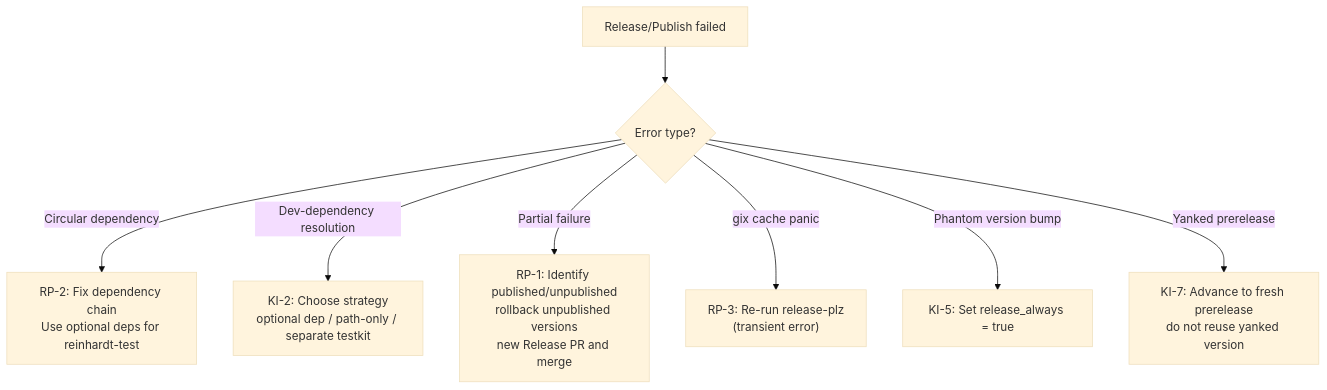
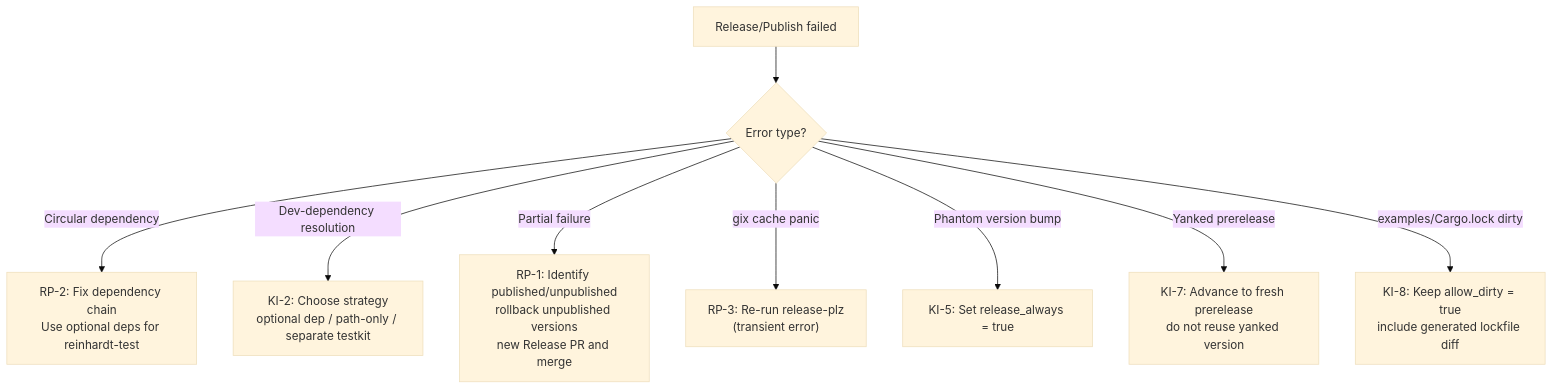
The third of 3 diagrams in instructions/RELEASE_PROCESS.md (kent8192/reinhardt-web), drawn with Mermaid (base theme) before and after one commit. The commit also changed other lines of this file and 1 other file, not shown here.

First line of the commit message:
fix(ci): allow release-plz examples lockfile updates

````diff
--- a/instructions/RELEASE_PROCESS.md
+++ b/instructions/RELEASE_PROCESS.md
@@ -440,10 +445,11 @@
 ```mermaid
 flowchart TD
     A[Release/Publish failed] --> B{Error type?}
     B -->|Circular dependency| C["RP-2: Fix dependency chain<br/>Use optional deps for reinhardt-test"]
     B -->|Dev-dependency resolution| D["KI-2: Choose strategy<br/>optional dep / path-only / separate testkit"]
     B -->|Partial failure| E["RP-1: Identify published/unpublished<br/>rollback unpublished versions<br/>new Release PR and merge"]
     B -->|gix cache panic| F["RP-3: Re-run release-plz<br/>(transient error)"]
     B -->|Phantom version bump| G["KI-5: Set release_always = true"]
     B -->|Yanked prerelease| H["KI-7: Advance to fresh prerelease<br/>do not reuse yanked version"]
+    B -->|examples/Cargo.lock dirty| I["KI-8: Keep allow_dirty = true<br/>include generated lockfile diff"]
 ```
````
